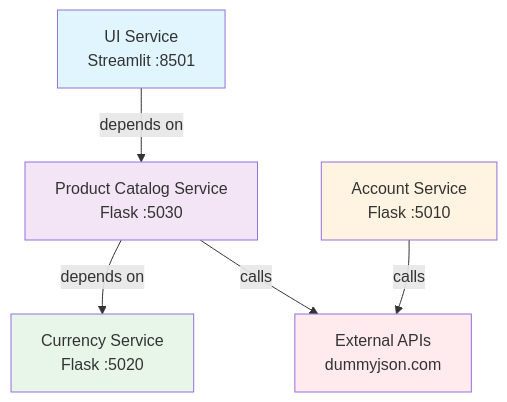
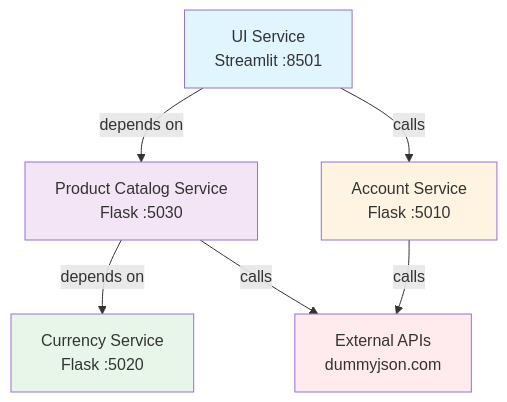
One commit to ITAKEA/Shopping_Site_Microservices changed the seventh of 7 diagrams in documentation/arkitektur.md. Above: the diagram before and after it, drawn with Mermaid. The commit also changed other lines of this file and 14 other files, not shown here.

````diff
--- a/documentation/arkitektur.md
+++ b/documentation/arkitektur.md
@@ -213,19 +239,20 @@
 ```mermaid
 graph TD
     UI[UI Service<br/>Streamlit :8501]
     PS[Product Catalog Service<br/>Flask :5030]
     CS[Currency Service<br/>Flask :5020]
     AS[Account Service<br/>Flask :5010]
     EXT[External APIs<br/>dummyjson.com]
 
     UI -->|depends on| PS
+    UI -->|calls| AS
     PS -->|depends on| CS
     PS -->|calls| EXT
     AS -->|calls| EXT
 
     style UI fill:#e1f5ff
     style PS fill:#f3e5f5
     style CS fill:#e8f5e9
     style AS fill:#fff4e1
     style EXT fill:#ffebee
 ```
````
